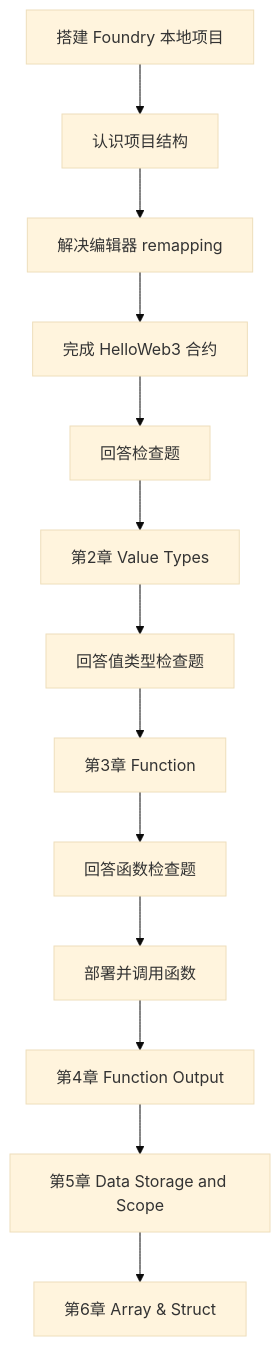
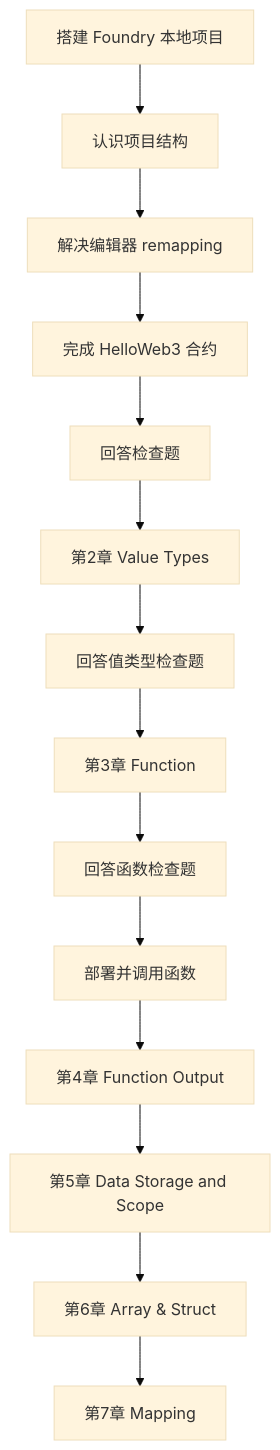
The fourth of 4 diagrams in 交接记录.md (daxiguaguagua-hash/wtf-academy-learning), drawn with Mermaid (base theme) before and after one commit. The commit also changed other lines of this file and 2 other files, not shown here.

````diff
--- a/交接记录.md
+++ b/交接记录.md
@@ -152,15 +157,16 @@
 ```mermaid
 flowchart TD
 A[搭建 Foundry 本地项目] --> B[认识项目结构]
 B --> C[解决编辑器 remapping]
 C --> D[完成 HelloWeb3 合约]
 D --> E[回答检查题]
 E --> F[第2章 Value Types]
 F --> G[回答值类型检查题]
 G --> H[第3章 Function]
 H --> I[回答函数检查题]
 I --> J[部署并调用函数]
 J --> K[第4章 Function Output]
 K --> L[第5章 Data Storage and Scope]
 L --> M[第6章 Array & Struct]
+M --> N[第7章 Mapping]
 ```
````
